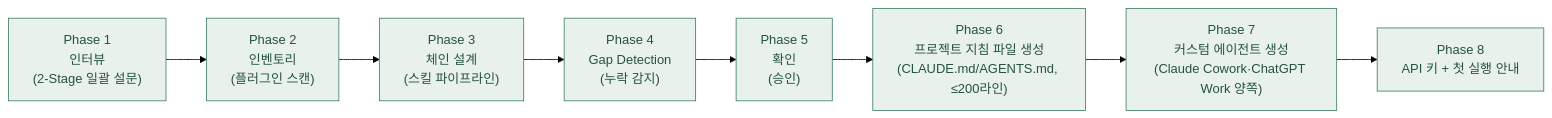
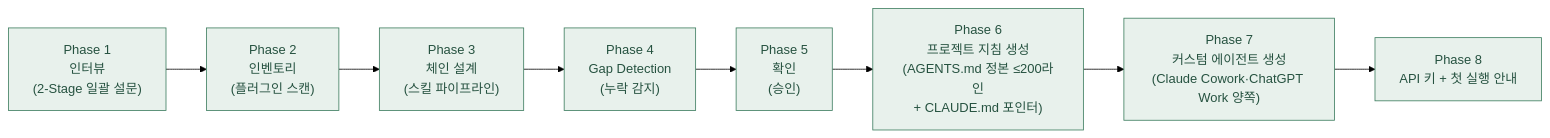
One commit to modu-ai/cowork-plugins changed the diagram in www/content/moai-agents/pm.md. Above: the diagram before and after it, drawn with Mermaid (forest theme). The commit also changed other lines of this file and 21 other files, not shown here.

First line of the commit message:
feat(project): 폴더 지침 정본을 AGENTS.md로 전환, CLAUDE.md는 임포트 포인터로

````diff
--- a/www/content/moai-agents/pm.md
+++ b/www/content/moai-agents/pm.md
@@ -34,13 +34,13 @@
 ```mermaid
 flowchart LR
    A["Phase 1<br/>인터뷰<br/>(2-Stage 일괄 설문)"] --> B["Phase 2<br/>인벤토리<br/>(플러그인 스캔)"]
    B --> C["Phase 3<br/>체인 설계<br/>(스킬 파이프라인)"]
    C --> D["Phase 4<br/>Gap Detection<br/>(누락 감지)"]
    D --> E["Phase 5<br/>확인<br/>(승인)"]
-   E --> F["Phase 6<br/>프로젝트 지침 파일 생성<br/>(CLAUDE.md/AGENTS.md, ≤200라인)"]
+   E --> F["Phase 6<br/>프로젝트 지침 생성<br/>(AGENTS.md 정본 ≤200라인<br/>+ CLAUDE.md 포인터)"]
    F --> G["Phase 7<br/>커스텀 에이전트 생성<br/>(Claude Cowork·ChatGPT Work 양쪽)"]
    G --> H["Phase 8<br/>API 키 + 첫 실행 안내"]
 
    classDef default fill:#e8f1ec,stroke:#3d7d5f,color:#265240
    class A,B,C,D,E,F,G,H default
 ```
````
